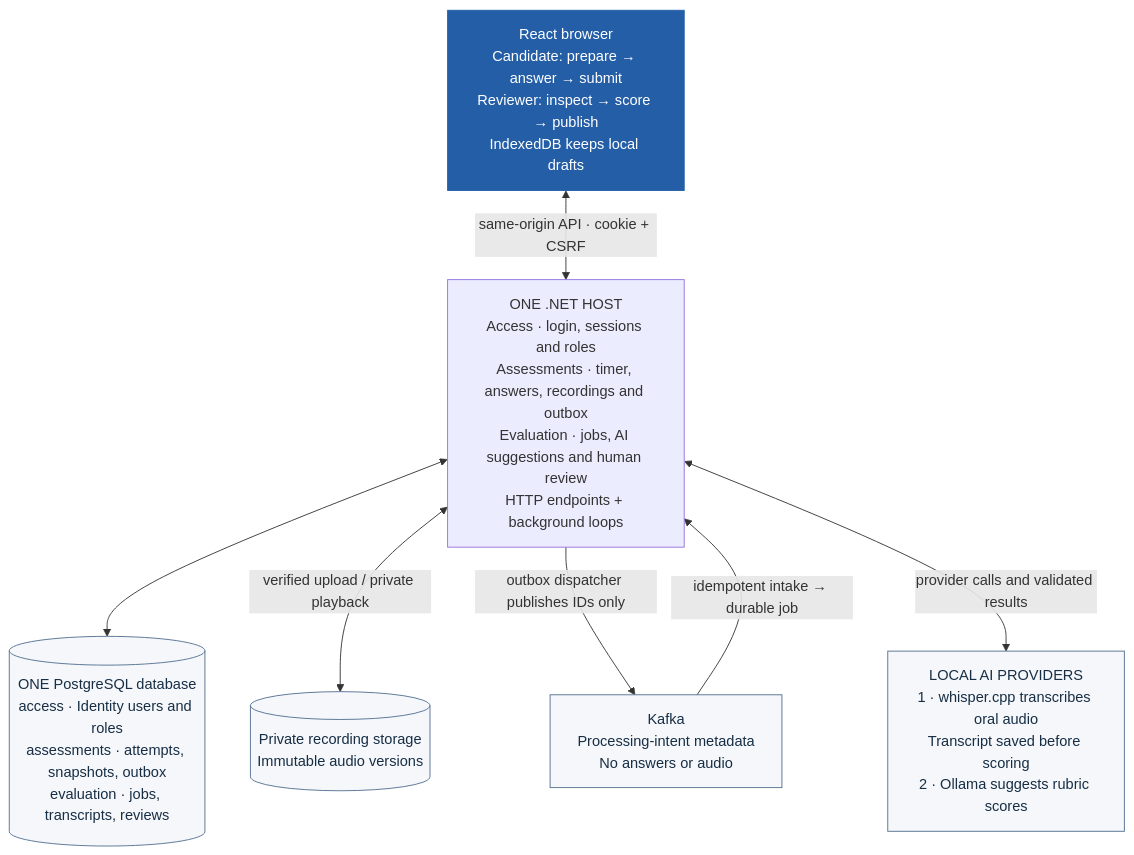
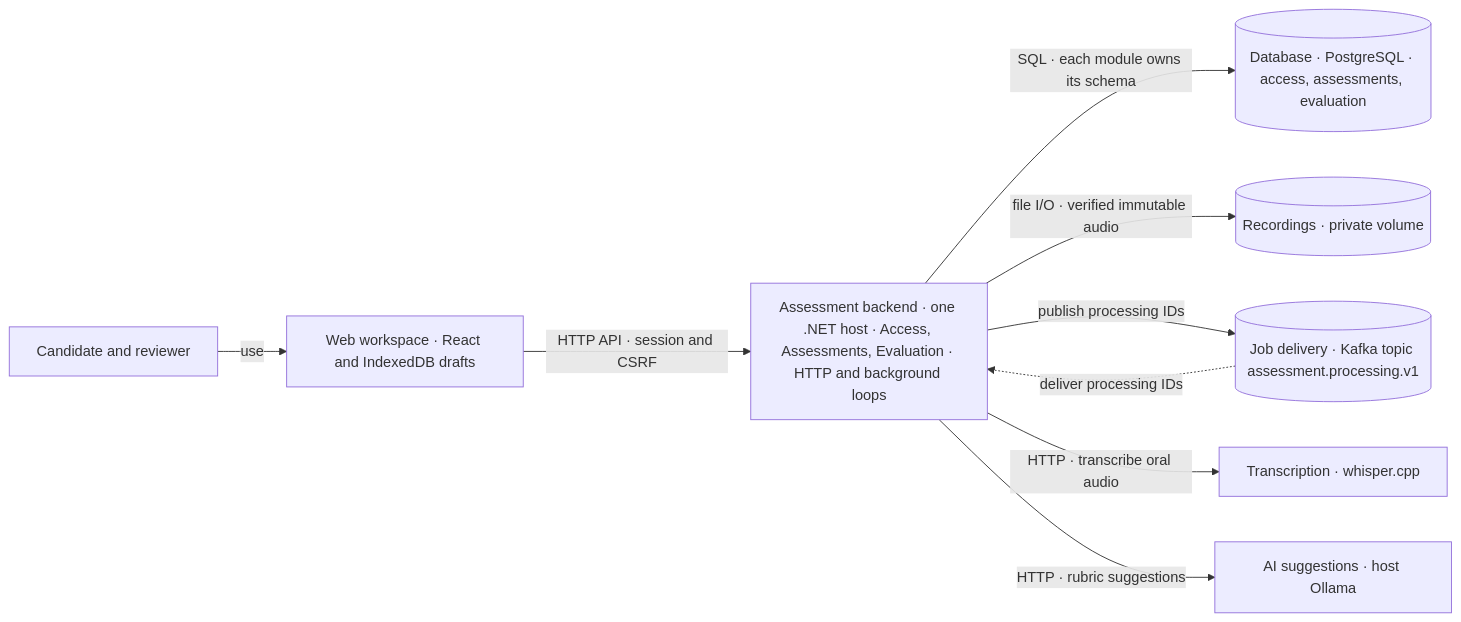
Before and after one commit to junrillg/candidate-assessment-lab: the diagram in docs/diagrams/overview.mmd, drawn with Mermaid. The commit also changed 39 other files, not shown here.

Commit message:
docs: clarify product knowledge and architecture visuals

```diff
--- a/docs/diagrams/overview.mmd
+++ b/docs/diagrams/overview.mmd
@@ -1,15 +1,10 @@
-flowchart TB
-    UI["React browser<br/>Candidate: prepare → answer → submit<br/>Reviewer: inspect → score → publish<br/>IndexedDB keeps local drafts"]
-    H["ONE .NET HOST<br/>Access · login, sessions and roles<br/>Assessments · timer, answers, recordings and outbox<br/>Evaluation · jobs, AI suggestions and human review<br/>HTTP endpoints + background loops"]
-
-    UI <-->|"same-origin API · cookie + CSRF"| H
-    H <--> P[("ONE PostgreSQL database<br/>access · Identity users and roles<br/>assessments · attempts, snapshots, outbox<br/>evaluation · jobs, transcripts, reviews")]
-    H <-->|"verified upload / private playback"| R[("Private recording storage<br/>Immutable audio versions")]
-    H -->|"outbox dispatcher publishes IDs only"| K["Kafka<br/>Processing-intent metadata<br/>No answers or audio"]
-    K -->|"idempotent intake → durable job"| H
-    H <-->|"provider calls and validated results"| AI["LOCAL AI PROVIDERS<br/>1 · whisper.cpp transcribes oral audio<br/>Transcript saved before scoring<br/>2 · Ollama suggests rubric scores"]
-
-    classDef browser fill:#245ea7,color:#ffffff,stroke:#245ea7
-    classDef infrastructure fill:#f5f7fa,color:#172e45,stroke:#526f90
-    class UI browser
-    class P,R,K,AI infrastructure
+%% Semantic model for overview.html. The curated HTML owns the visual layout.
+flowchart LR
+    PEOPLE["Candidate and reviewer"] -->|"use"| UI["Web workspace · React and IndexedDB drafts"]
+    UI -->|"HTTP API · session and CSRF"| HOST["Assessment backend · one .NET host · Access, Assessments, Evaluation · HTTP and background loops"]
+    HOST -->|"SQL · each module owns its schema"| PG[("Database · PostgreSQL · access, assessments, evaluation")]
+    HOST -->|"file I/O · verified immutable audio"| AUDIO[("Recordings · private volume")]
+    HOST -->|"publish processing IDs"| TOPIC[("Job delivery · Kafka topic assessment.processing.v1")]
+    TOPIC -. "deliver processing IDs" .-> HOST
+    HOST -->|"HTTP · transcribe oral audio"| WHISPER["Transcription · whisper.cpp"]
+    HOST -->|"HTTP · rubric suggestions"| OLLAMA["AI suggestions · host Ollama"]
```
